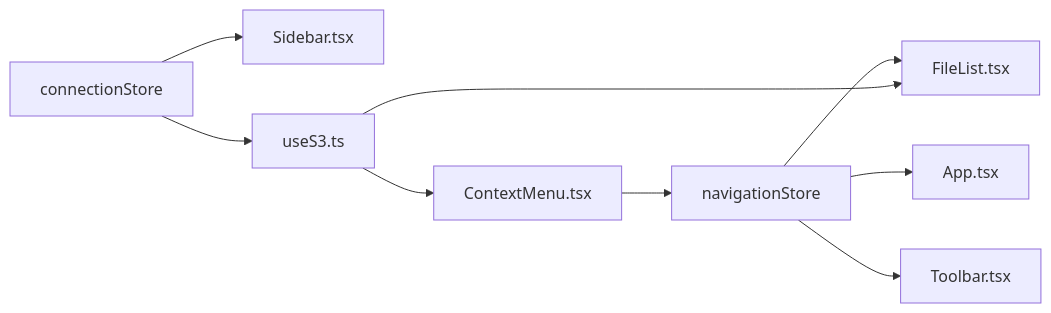
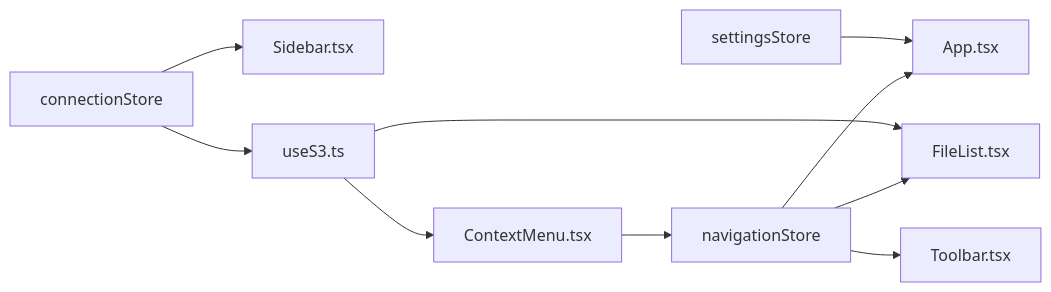
Before and after one commit to nasrulhadi/s3-explorer: the seventh of 9 diagrams in .qoder/repowiki/en/content/Core Features/State Management.md, drawn with Mermaid. The commit also changed other lines of this file and 26 other files, not shown here.

````diff
--- a/.qoder/repowiki/en/content/Core Features/State Management.md
+++ b/.qoder/repowiki/en/content/Core Features/State Management.md
@@ -335,11 +381,12 @@
 ```mermaid
 graph LR
 NAV["navigationStore"] --> APP["App.tsx"]
 NAV --> TOOLBAR["Toolbar.tsx"]
 NAV --> FILELIST["FileList.tsx"]
 CONN["connectionStore"] --> SIDEBAR["Sidebar.tsx"]
 CONN --> US3["useS3.ts"]
+SETTINGS["settingsStore"] --> APP
 US3 --> FILELIST
 US3 --> CMENU["ContextMenu.tsx"]
 CMENU --> NAV
 ```
````
